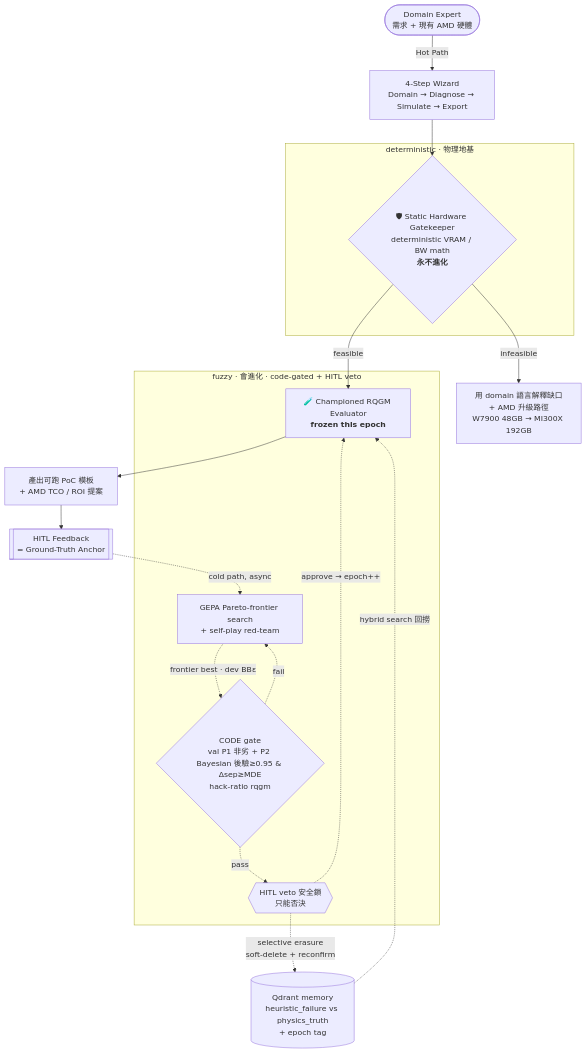
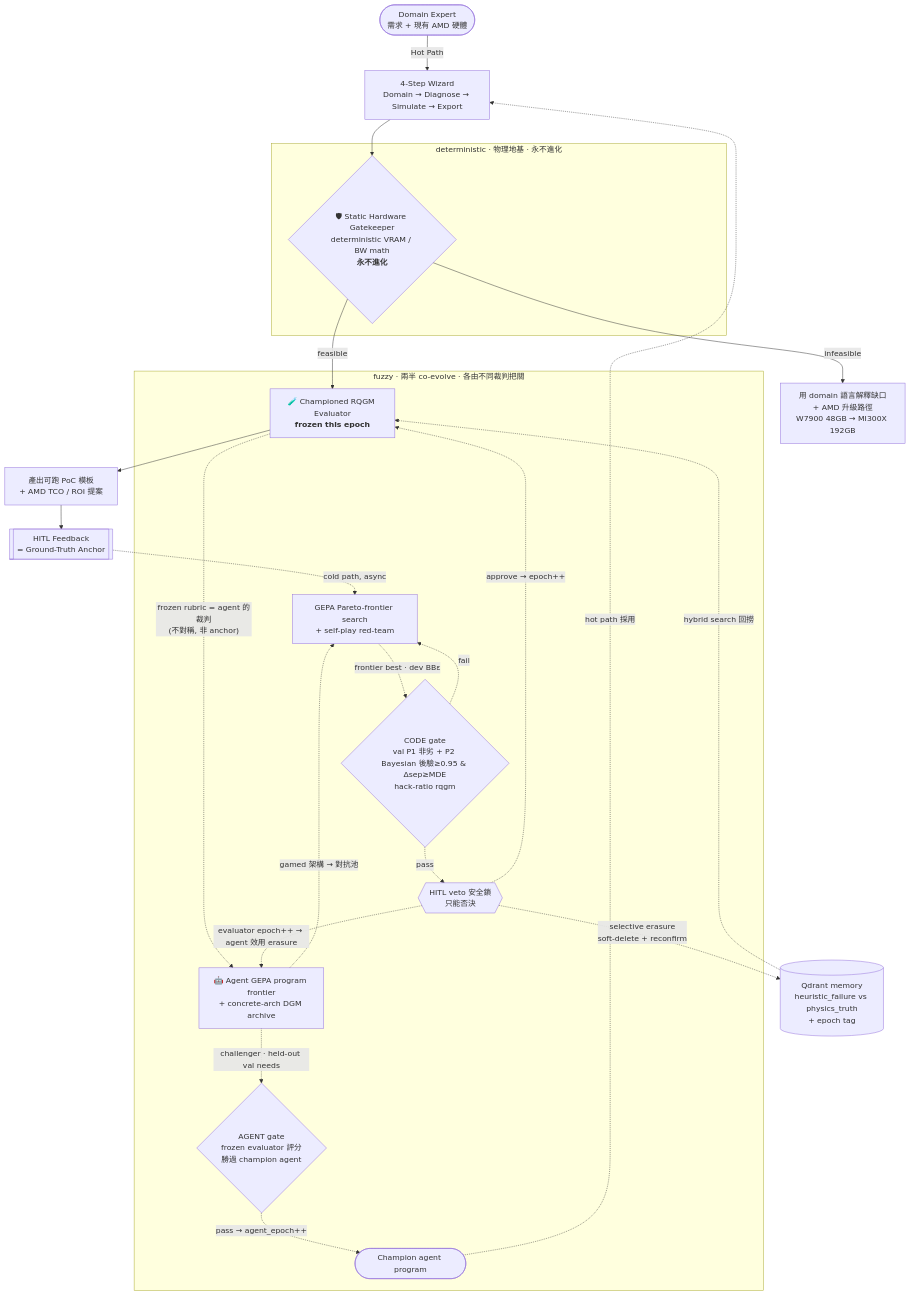
One commit to iiyyll01lin/yy-rqgm changed the diagram in README.md. Above: the diagram before and after it, drawn with Mermaid. The commit also changed other lines of this file and 3 other files, not shown here.

First line of the commit message:
agent(D): docs — reconcile Iron Law II/IV + README/03-evaluator/01-orchestration to co-evolution

````diff
--- a/README.md
+++ b/README.md
@@ -56,26 +61,37 @@
 ```mermaid
 flowchart TD
     User([Domain Expert<br/>需求 + 現有 AMD 硬體]) -->|Hot Path| Wizard[4-Step Wizard<br/>Domain → Diagnose → Simulate → Export]
     Wizard --> Gate{🛡 Static Hardware Gatekeeper<br/>deterministic VRAM / BW math<br/><b>永不進化</b>}
     Gate -->|infeasible| Upsell[用 domain 語言解釋缺口<br/>+ AMD 升級路徑<br/>W7900 48GB → MI300X 192GB]
     Gate -->|feasible| Judge[🧪 Championed RQGM Evaluator<br/><b>frozen this epoch</b>]
     Judge --> Export[產出可跑 PoC 模板<br/>+ AMD TCO / ROI 提案]
     Export --> Feedback[[HITL Feedback<br/>= Ground-Truth Anchor]]
     Feedback -. cold path, async .-> Loop[GEPA Pareto-frontier search<br/>+ self-play red-team]
     Loop -. frontier best · dev BBε .-> CodeGate{CODE gate<br/>val P1 非劣 + P2 Bayesian 後驗≥0.95 & Δsep≥MDE<br/>hack-ratio rqgm}
     CodeGate -. fail .-> Loop
     CodeGate -. pass .-> EpochGate{{HITL veto 安全鎖<br/>只能否決}}
     EpochGate -. approve → epoch++ .-> Judge
     EpochGate -. selective erasure<br/>soft-delete + reconfirm .-> Mem[(Qdrant memory<br/>heuristic_failure vs physics_truth<br/>+ epoch tag)]
     Mem -. hybrid search 回撈 .-> Judge
 
-    subgraph HARD[deterministic · 物理地基]
+    %% ---- Agent half: co-evolves UNDER the frozen champion evaluator ----
+    Judge -. frozen rubric = agent 的裁判<br/>(不對稱, 非 anchor) .-> ALoop[🤖 Agent GEPA program frontier<br/>+ concrete-arch DGM archive]
+    ALoop -. challenger · held-out val needs .-> AGate{AGENT gate<br/>frozen evaluator 評分<br/>勝過 champion agent}
+    AGate -. pass → agent_epoch++ .-> Champ([Champion agent program])
+    Champ -. hot path 採用 .-> Wizard
+    ALoop -. gamed 架構 → 對抗池 .-> Loop
+    EpochGate -. evaluator epoch++ → agent 效用 erasure .-> ALoop
+
+    subgraph HARD[deterministic · 物理地基 · 永不進化]
       Gate
     end
-    subgraph SOFT[fuzzy · 會進化 · code-gated + HITL veto]
+    subgraph SOFT[fuzzy · 兩半 co-evolve · 各由不同裁判把關]
       Judge
       Loop
       CodeGate
       EpochGate
+      ALoop
+      AGate
+      Champ
     end
 ```
````
